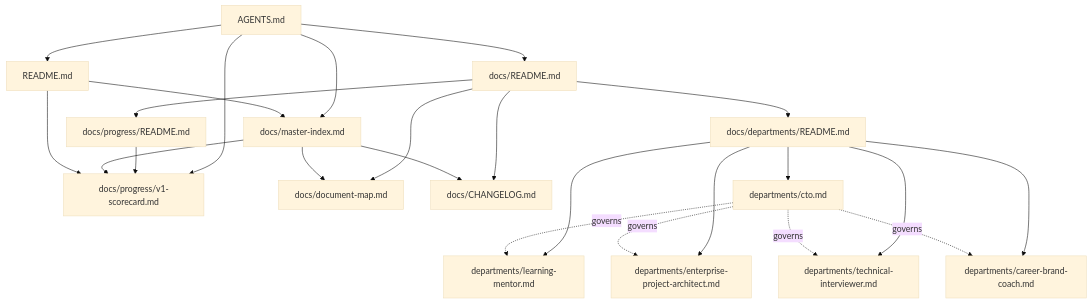
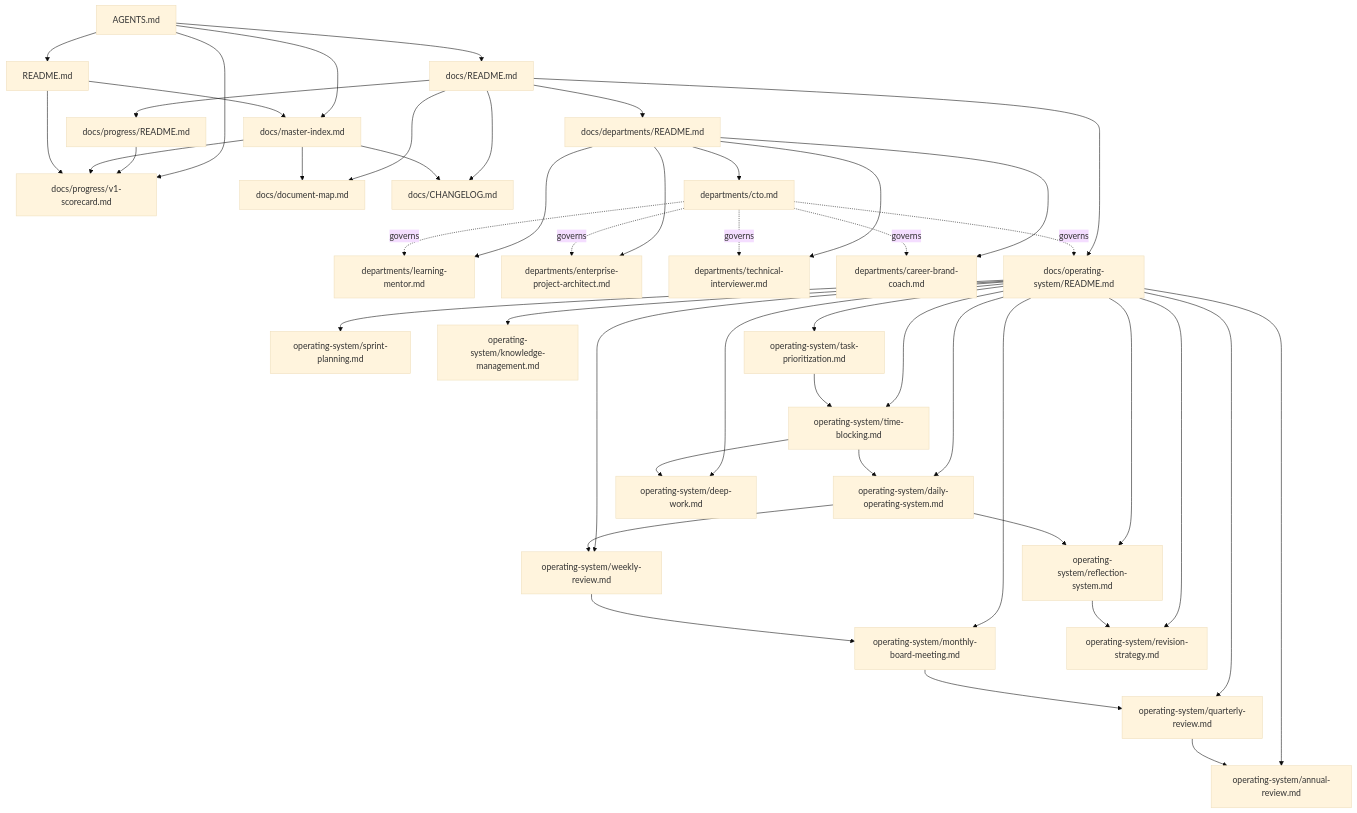
The diagram in docs/document-map.md (AI-DSOS/AI-Data-Science-Operating-System), drawn with Mermaid (base theme) before and after one commit. The commit also changed other lines of this file and 16 other files, not shown here.

First line of the commit message:
Phase 3: Operating System

````diff
--- a/docs/document-map.md
+++ b/docs/document-map.md
@@ -24,31 +24,51 @@
 ```mermaid
 graph TD
     AGENTS[AGENTS.md] --> README[README.md]
     AGENTS --> DocsReadme[docs/README.md]
     AGENTS --> MasterIndex[docs/master-index.md]
     AGENTS --> Scorecard[docs/progress/v1-scorecard.md]
 
     DocsReadme --> ProgressReadme[docs/progress/README.md]
     DocsReadme --> DocMap[docs/document-map.md]
     DocsReadme --> Changelog[docs/CHANGELOG.md]
 
     ProgressReadme --> Scorecard
 
     MasterIndex --> DocMap
     MasterIndex --> Scorecard
     MasterIndex --> Changelog
 
     README --> MasterIndex
     README --> Scorecard
 
     DocsReadme --> DeptReadme[docs/departments/README.md]
     DeptReadme --> LM[departments/learning-mentor.md]
     DeptReadme --> EPA[departments/enterprise-project-architect.md]
     DeptReadme --> TI[departments/technical-interviewer.md]
     DeptReadme --> CBC[departments/career-brand-coach.md]
     DeptReadme --> CTO[departments/cto.md]
     CTO -.governs.-> LM
     CTO -.governs.-> EPA
     CTO -.governs.-> TI
     CTO -.governs.-> CBC
+
+    DocsReadme --> OSReadme[docs/operating-system/README.md]
+    OSReadme --> Daily[operating-system/daily-operating-system.md]
+    OSReadme --> WeeklyR[operating-system/weekly-review.md]
+    OSReadme --> MonthlyB[operating-system/monthly-board-meeting.md]
+    OSReadme --> QuarterlyR[operating-system/quarterly-review.md]
+    OSReadme --> AnnualR[operating-system/annual-review.md]
+    OSReadme --> Sprint[operating-system/sprint-planning.md]
+    OSReadme --> KM[operating-system/knowledge-management.md]
+    OSReadme --> TaskP[operating-system/task-prioritization.md]
+    OSReadme --> TimeB[operating-system/time-blocking.md]
+    OSReadme --> DeepW[operating-system/deep-work.md]
+    OSReadme --> RevS[operating-system/revision-strategy.md]
+    OSReadme --> Reflect[operating-system/reflection-system.md]
+
+    Daily --> WeeklyR --> MonthlyB --> QuarterlyR --> AnnualR
+    TaskP --> TimeB --> Daily
+    TimeB --> DeepW
+    Daily --> Reflect --> RevS
+    CTO -.governs.-> OSReadme
 ```
````
